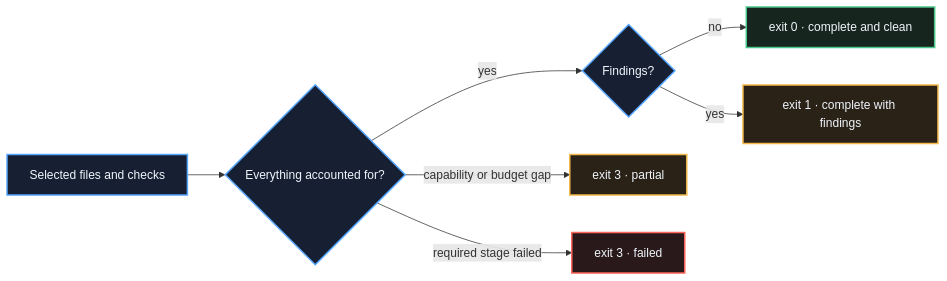
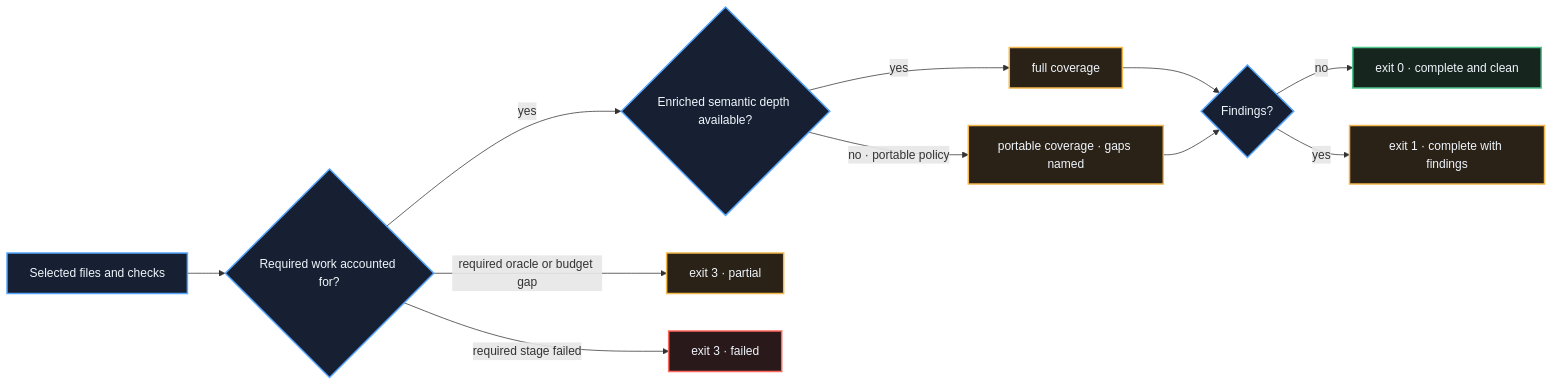
Before and after one commit to xcrft/powershot: the second of 2 diagrams in README.md, drawn with Mermaid. The commit also changed other lines of this file and 27 other files, not shown here.

First line of the commit message:
Make monorepo coverage portable in v1.1.2 (#5)

````diff
--- a/README.md
+++ b/README.md
@@ -175,18 +179,22 @@
 ```mermaid
 flowchart LR
-    START["Selected files and checks"] --> ACCOUNT{"Everything accounted for?"}
-    ACCOUNT -- "yes" --> FINDINGS{"Findings?"}
+    START["Selected files and checks"] --> ACCOUNT{"Required work accounted for?"}
+    ACCOUNT -- "yes" --> DEPTH{"Enriched semantic depth available?"}
+    DEPTH -- "yes" --> FULL["full coverage"]
+    DEPTH -- "no · portable policy" --> PORTABLE["portable coverage · gaps named"]
+    FULL --> FINDINGS{"Findings?"}
+    PORTABLE --> FINDINGS
     FINDINGS -- "no" --> CLEAN["exit 0 · complete and clean"]
     FINDINGS -- "yes" --> FOUND["exit 1 · complete with findings"]
-    ACCOUNT -- "capability or budget gap" --> PARTIAL["exit 3 · partial"]
+    ACCOUNT -- "required oracle or budget gap" --> PARTIAL["exit 3 · partial"]
     ACCOUNT -- "required stage failed" --> FAILED["exit 3 · failed"]
 
     classDef neutral fill:#172033,stroke:#57a6ff,color:#f0f6fc,stroke-width:2px
     classDef good fill:#17251f,stroke:#4ac58b,color:#f0f6fc,stroke-width:2px
     classDef warn fill:#2a2117,stroke:#f2b84b,color:#f0f6fc,stroke-width:2px
     classDef bad fill:#2a191b,stroke:#ff675c,color:#f0f6fc,stroke-width:2px
-    class START,ACCOUNT,FINDINGS neutral
+    class START,ACCOUNT,DEPTH,FINDINGS neutral
     class CLEAN good
-    class FOUND,PARTIAL warn
+    class FULL,PORTABLE,FOUND,PARTIAL warn
     class FAILED bad
 ```
````
